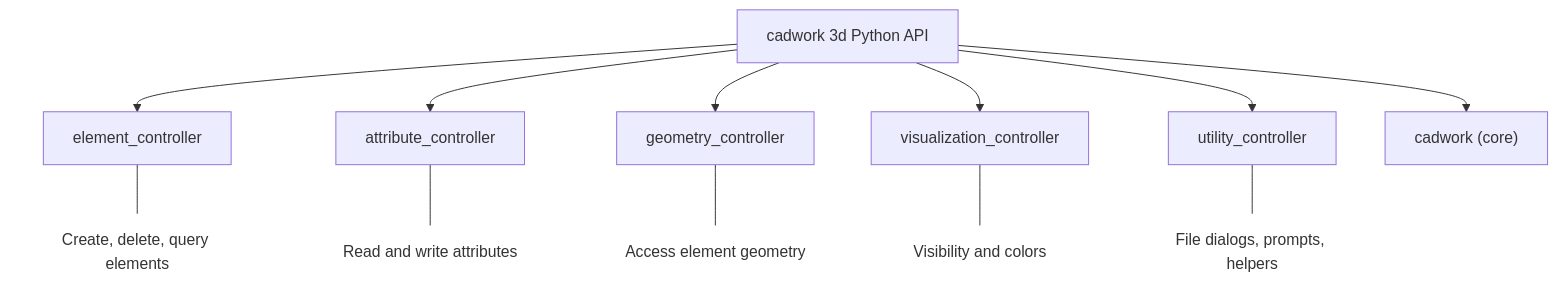
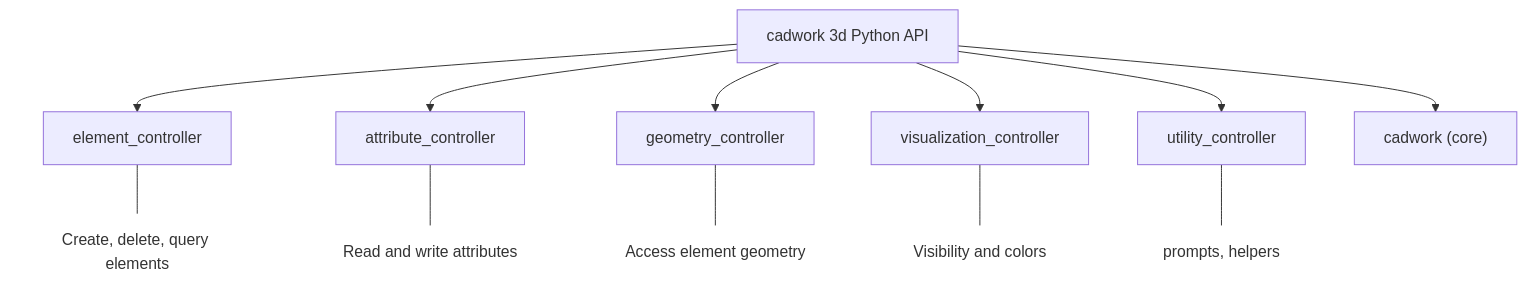
The diagram in docs/cadwork-api/getting-started.md (Brunner246/berner-fachhochschule-python), drawn with Mermaid before and after one commit. The commit also changed other lines of this file and 10 other files, not shown here.

````diff
--- a/docs/cadwork-api/getting-started.md
+++ b/docs/cadwork-api/getting-started.md
@@ -33,21 +34,21 @@
 ```mermaid
 flowchart TD
     CW["cadwork 3d Python API"] --> EC["element_controller"]
     CW --> AC["attribute_controller"]
     CW --> GC["geometry_controller"]
     CW --> VC["visualization_controller"]
     CW --> UC["utility_controller"]
     CW --> CORE["cadwork (core)"]
 
     EC --- EC_DESC["Create, delete, query elements"]
     AC --- AC_DESC["Read and write attributes"]
     GC --- GC_DESC["Access element geometry"]
     VC --- VC_DESC["Visibility and colors"]
-    UC --- UC_DESC["File dialogs, prompts, helpers"]
+    UC --- UC_DESC["prompts, helpers"]
 
     style EC_DESC fill:none,stroke:none
     style AC_DESC fill:none,stroke:none
     style GC_DESC fill:none,stroke:none
     style VC_DESC fill:none,stroke:none
     style UC_DESC fill:none,stroke:none
 ```
````
